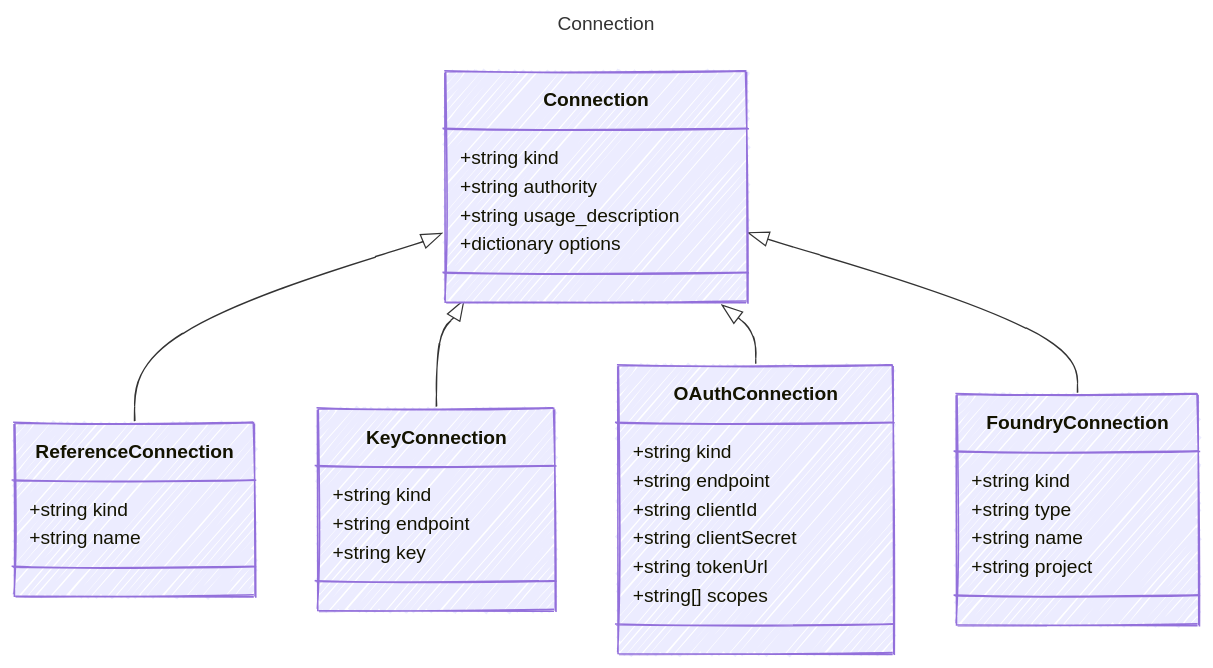
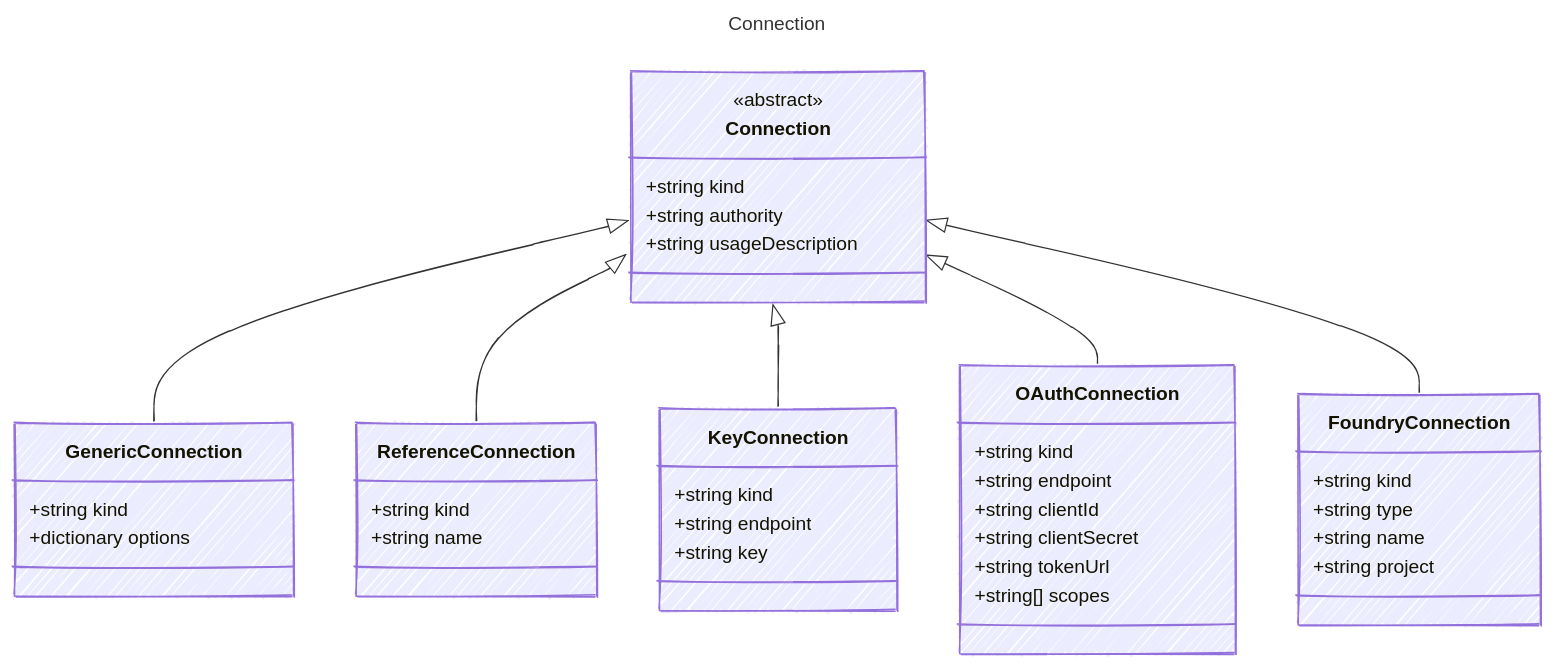
The diagram in specification/prompty/docs/Connection.md (microsoft/prompty), drawn with Mermaid before and after one commit. The commit also changed other lines of this file and 14 other files, not shown here.

````diff
--- a/specification/prompty/docs/Connection.md
+++ b/specification/prompty/docs/Connection.md
@@ -9,45 +9,49 @@
 ```mermaid
 ---
 title: Connection
 config:
   look: handDrawn
   theme: colorful
   class:
     hideEmptyMembersBox: true
 ---
 classDiagram
     class Connection {
-      
+      <<abstract>>
         +string kind
         +string authority
-        +string usage_description
+        +string usageDescription
+    }
+    class GenericConnection {
+        +string kind
         +dictionary options
     }
+    Connection <|-- GenericConnection
     class ReferenceConnection {
         +string kind
         +string name
     }
     Connection <|-- ReferenceConnection
     class KeyConnection {
         +string kind
         +string endpoint
         +string key
     }
     Connection <|-- KeyConnection
     class OAuthConnection {
         +string kind
         +string endpoint
         +string clientId
         +string clientSecret
         +string tokenUrl
         +string[] scopes
     }
     Connection <|-- OAuthConnection
     class FoundryConnection {
         +string kind
         +string type
         +string name
         +string project
     }
     Connection <|-- FoundryConnection
 ```
````
